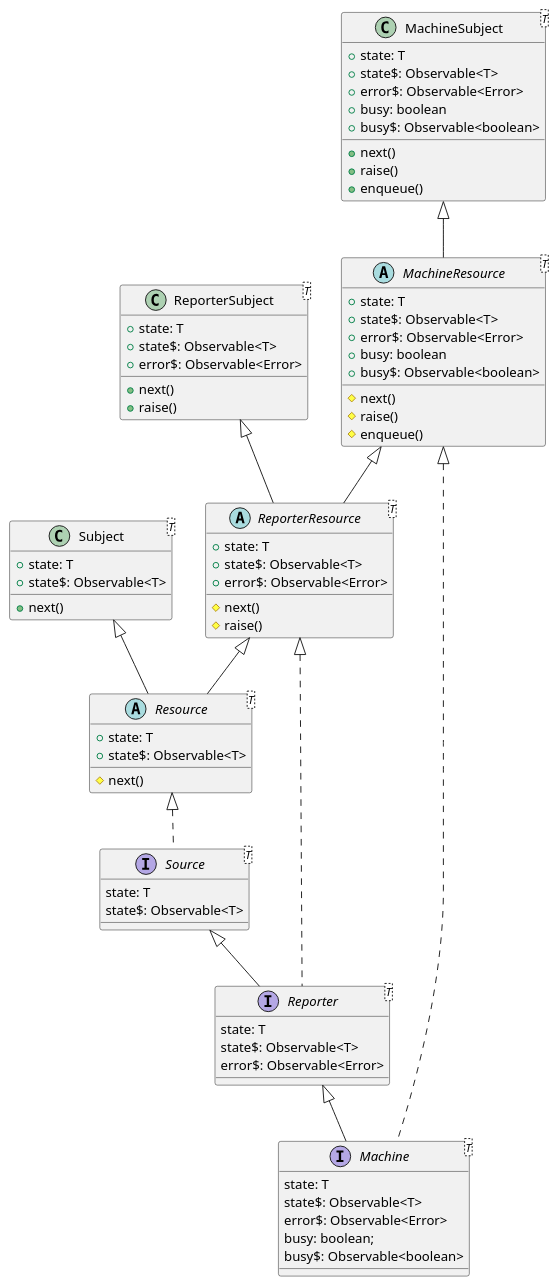
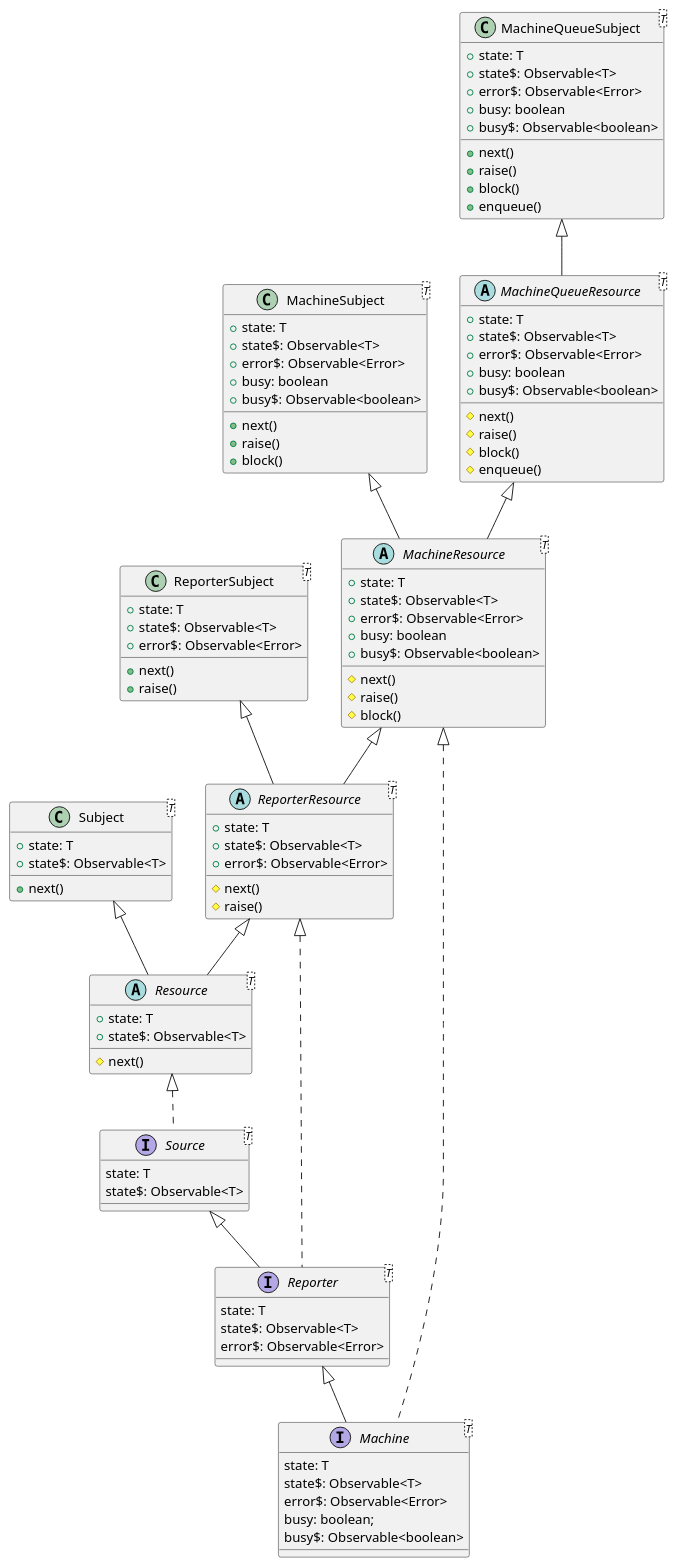
The diagram in assets/diagram.puml (rafamel/komtrol), drawn with PlantUML before and after one commit. The commit also changed 2 other files, not shown here.

Commit message:
feat(sources): adds MachineQueueResource and modifies MachineResource api
BREAKING CHANGE: MachineResource no longer has an enqueue method. See MachineQueueResource.

```diff
--- a/assets/diagram.puml
+++ b/assets/diagram.puml
@@ -1,82 +1,108 @@
 @startuml Sources
 
 interface Source<T> {
   state: T
   state$: Observable<T>
 }
 
 Source <|-- Reporter
 interface Reporter<T> {
   state: T
   state$: Observable<T>
   error$: Observable<Error>
 }
 
 Reporter <|-- Machine
 interface Machine<T> {
   state: T
   state$: Observable<T>
   error$: Observable<Error>
   busy: boolean;
   busy$: Observable<boolean>
 }
 
 Resource <|.. Source
 abstract class Resource<T> {
   +state: T
   +state$: Observable<T>
   #next()
 }
 
 Subject <|-- Resource
 class Subject<T> {
   +state: T
   +state$: Observable<T>
   +next()
 }
 
 ReporterResource <|.. Reporter
 ReporterResource <|-- Resource
 abstract class ReporterResource<T> {
   +state: T
   +state$: Observable<T>
   +error$: Observable<Error>
   #next()
   #raise()
 }
 
 ReporterSubject <|-- ReporterResource
 class ReporterSubject<T> {
   +state: T
   +state$: Observable<T>
   +error$: Observable<Error>
   +next()
   +raise()
 }
 
 MachineResource <|.. Machine
 MachineResource <|-- ReporterResource
 abstract class MachineResource<T> {
   +state: T
   +state$: Observable<T>
   +error$: Observable<Error>
   +busy: boolean
   +busy$: Observable<boolean>
   #next()
   #raise()
-  #enqueue()
+  #block()
 }
 
 MachineSubject <|-- MachineResource
 class MachineSubject<T> {
   +state: T
   +state$: Observable<T>
   +error$: Observable<Error>
   +busy: boolean
   +busy$: Observable<boolean>
   +next()
   +raise()
+  +block()
+}
+
+MachineQueueResource <|-- MachineResource
+abstract class MachineQueueResource<T> {
+  +state: T
+  +state$: Observable<T>
+  +error$: Observable<Error>
+  +busy: boolean
+  +busy$: Observable<boolean>
+  #next()
+  #raise()
+  #block()
+  #enqueue()
+}
+
+MachineQueueSubject <|-- MachineQueueResource
+class MachineQueueSubject<T> {
+  +state: T
+  +state$: Observable<T>
+  +error$: Observable<Error>
+  +busy: boolean
+  +busy$: Observable<boolean>
+  +next()
+  +raise()
+  +block()
   +enqueue()
 }
 
 @enduml
```
